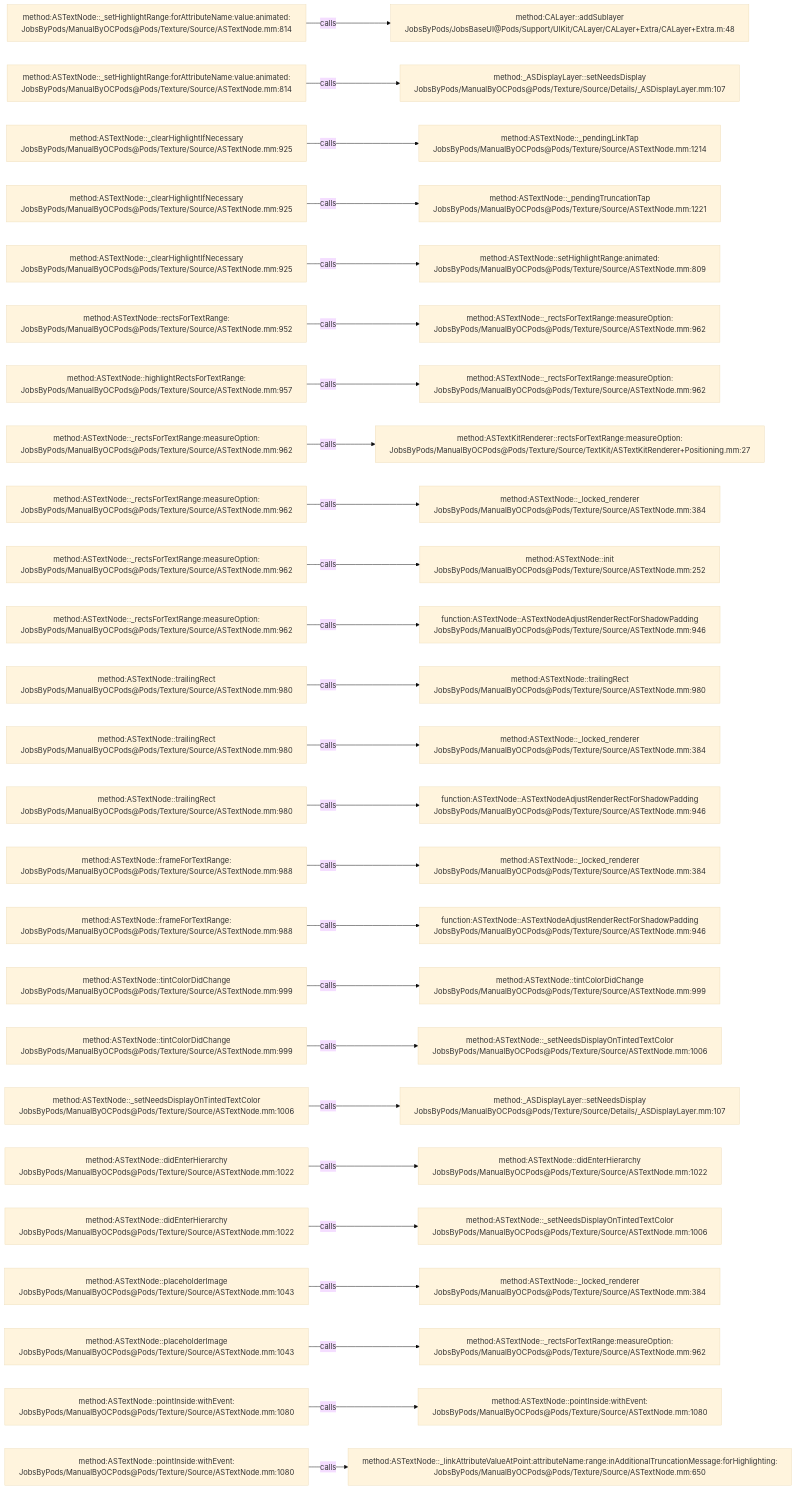
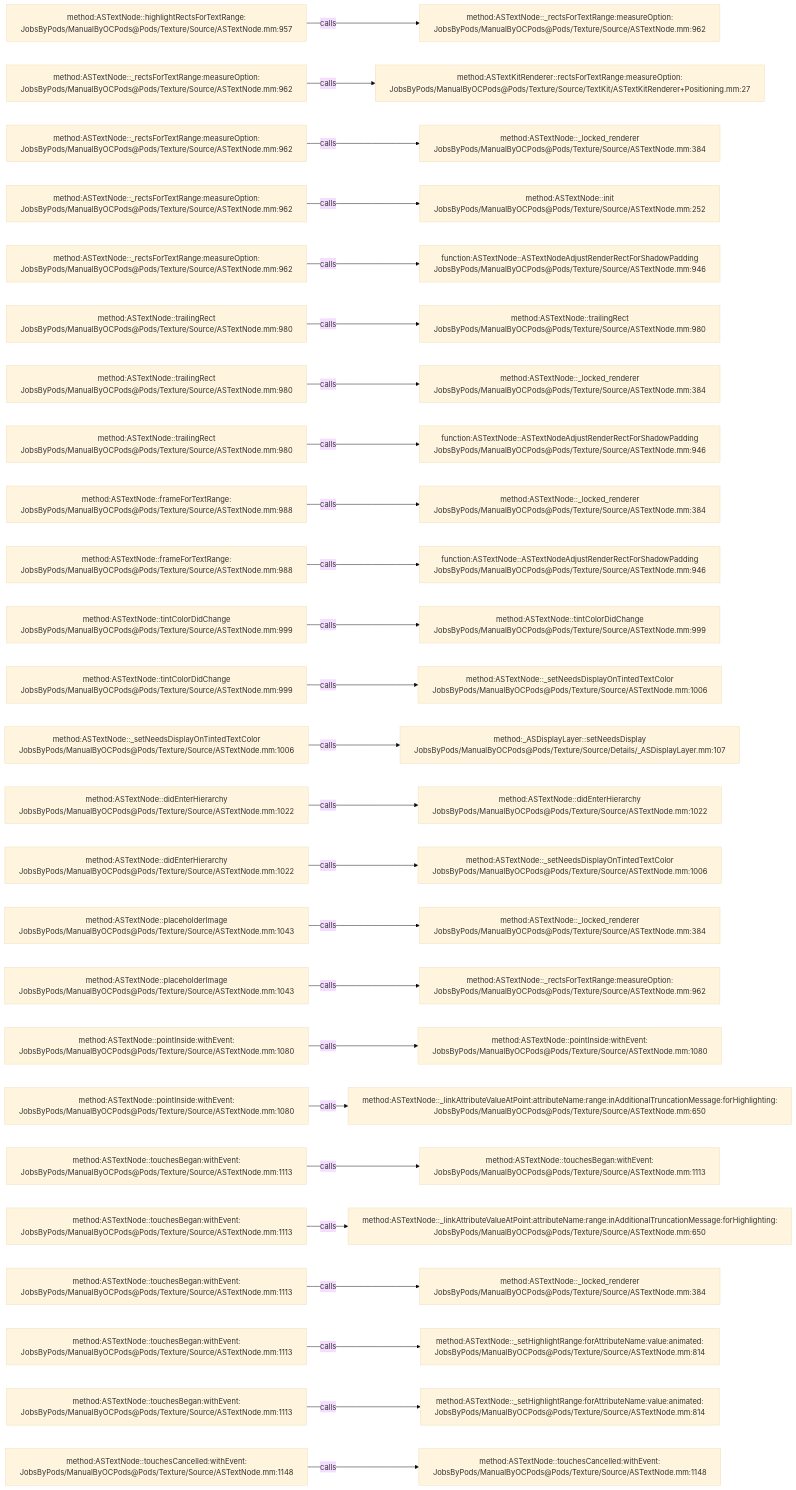
Before and after one commit to JobsKits/JobsOCBaseConfigDemo: the diagram in .codegraph/codegraph.md/graphs/calls-128.md, drawn with Mermaid (base theme). The commit also changed 666 other files, not shown here.

````diff
--- a/.codegraph/codegraph.md/graphs/calls-128.md
+++ b/.codegraph/codegraph.md/graphs/calls-128.md
@@ -13,78 +13,78 @@
 ```mermaid
 flowchart LR
-  S1["method:ASTextNode::_setHighlightRange:forAttributeName:value:animated:<br/>JobsByPods/ManualByOCPods@Pods/Texture/Source/ASTextNode.mm:814"]
-  T1["method:CALayer::addSublayer<br/>JobsByPods/JobsBaseUI@Pods/Support/UIKit/CALayer/CALayer+Extra/CALayer+Extra.m:48"]
+  S1["method:ASTextNode::highlightRectsForTextRange:<br/>JobsByPods/ManualByOCPods@Pods/Texture/Source/ASTextNode.mm:957"]
+  T1["method:ASTextNode::_rectsForTextRange:measureOption:<br/>JobsByPods/ManualByOCPods@Pods/Texture/Source/ASTextNode.mm:962"]
   S1 -->|calls| T1
-  S2["method:ASTextNode::_setHighlightRange:forAttributeName:value:animated:<br/>JobsByPods/ManualByOCPods@Pods/Texture/Source/ASTextNode.mm:814"]
-  T2["method:_ASDisplayLayer::setNeedsDisplay<br/>JobsByPods/ManualByOCPods@Pods/Texture/Source/Details/_ASDisplayLayer.mm:107"]
+  S2["method:ASTextNode::_rectsForTextRange:measureOption:<br/>JobsByPods/ManualByOCPods@Pods/Texture/Source/ASTextNode.mm:962"]
+  T2["method:ASTextKitRenderer::rectsForTextRange:measureOption:<br/>JobsByPods/ManualByOCPods@Pods/Texture/Source/TextKit/ASTextKitRenderer+Positioning.mm:27"]
   S2 -->|calls| T2
-  S3["method:ASTextNode::_clearHighlightIfNecessary<br/>JobsByPods/ManualByOCPods@Pods/Texture/Source/ASTextNode.mm:925"]
-  T3["method:ASTextNode::_pendingLinkTap<br/>JobsByPods/ManualByOCPods@Pods/Texture/Source/ASTextNode.mm:1214"]
+  S3["method:ASTextNode::_rectsForTextRange:measureOption:<br/>JobsByPods/ManualByOCPods@Pods/Texture/Source/ASTextNode.mm:962"]
+  T3["method:ASTextNode::_locked_renderer<br/>JobsByPods/ManualByOCPods@Pods/Texture/Source/ASTextNode.mm:384"]
   S3 -->|calls| T3
-  S4["method:ASTextNode::_clearHighlightIfNecessary<br/>JobsByPods/ManualByOCPods@Pods/Texture/Source/ASTextNode.mm:925"]
-  T4["method:ASTextNode::_pendingTruncationTap<br/>JobsByPods/ManualByOCPods@Pods/Texture/Source/ASTextNode.mm:1221"]
+  S4["method:ASTextNode::_rectsForTextRange:measureOption:<br/>JobsByPods/ManualByOCPods@Pods/Texture/Source/ASTextNode.mm:962"]
+  T4["method:ASTextNode::init<br/>JobsByPods/ManualByOCPods@Pods/Texture/Source/ASTextNode.mm:252"]
   S4 -->|calls| T4
-  S5["method:ASTextNode::_clearHighlightIfNecessary<br/>JobsByPods/ManualByOCPods@Pods/Texture/Source/ASTextNode.mm:925"]
-  T5["method:ASTextNode::setHighlightRange:animated:<br/>JobsByPods/ManualByOCPods@Pods/Texture/Source/ASTextNode.mm:809"]
+  S5["method:ASTextNode::_rectsForTextRange:measureOption:<br/>JobsByPods/ManualByOCPods@Pods/Texture/Source/ASTextNode.mm:962"]
+  T5["function:ASTextNode::ASTextNodeAdjustRenderRectForShadowPadding<br/>JobsByPods/ManualByOCPods@Pods/Texture/Source/ASTextNode.mm:946"]
   S5 -->|calls| T5
-  S6["method:ASTextNode::rectsForTextRange:<br/>JobsByPods/ManualByOCPods@Pods/Texture/Source/ASTextNode.mm:952"]
-  T6["method:ASTextNode::_rectsForTextRange:measureOption:<br/>JobsByPods/ManualByOCPods@Pods/Texture/Source/ASTextNode.mm:962"]
+  S6["method:ASTextNode::trailingRect<br/>JobsByPods/ManualByOCPods@Pods/Texture/Source/ASTextNode.mm:980"]
+  T6["method:ASTextNode::trailingRect<br/>JobsByPods/ManualByOCPods@Pods/Texture/Source/ASTextNode.mm:980"]
   S6 -->|calls| T6
-  S7["method:ASTextNode::highlightRectsForTextRange:<br/>JobsByPods/ManualByOCPods@Pods/Texture/Source/ASTextNode.mm:957"]
-  T7["method:ASTextNode::_rectsForTextRange:measureOption:<br/>JobsByPods/ManualByOCPods@Pods/Texture/Source/ASTextNode.mm:962"]
+  S7["method:ASTextNode::trailingRect<br/>JobsByPods/ManualByOCPods@Pods/Texture/Source/ASTextNode.mm:980"]
+  T7["method:ASTextNode::_locked_renderer<br/>JobsByPods/ManualByOCPods@Pods/Texture/Source/ASTextNode.mm:384"]
   S7 -->|calls| T7
-  S8["method:ASTextNode::_rectsForTextRange:measureOption:<br/>JobsByPods/ManualByOCPods@Pods/Texture/Source/ASTextNode.mm:962"]
-  T8["method:ASTextKitRenderer::rectsForTextRange:measureOption:<br/>JobsByPods/ManualByOCPods@Pods/Texture/Source/TextKit/ASTextKitRenderer+Positioning.mm:27"]
+  S8["method:ASTextNode::trailingRect<br/>JobsByPods/ManualByOCPods@Pods/Texture/Source/ASTextNode.mm:980"]
+  T8["function:ASTextNode::ASTextNodeAdjustRenderRectForShadowPadding<br/>JobsByPods/ManualByOCPods@Pods/Texture/Source/ASTextNode.mm:946"]
   S8 -->|calls| T8
-  S9["method:ASTextNode::_rectsForTextRange:measureOption:<br/>JobsByPods/ManualByOCPods@Pods/Texture/Source/ASTextNode.mm:962"]
+  S9["method:ASTextNode::frameForTextRange:<br/>JobsByPods/ManualByOCPods@Pods/Texture/Source/ASTextNode.mm:988"]
   T9["method:ASTextNode::_locked_renderer<br/>JobsByPods/ManualByOCPods@Pods/Texture/Source/ASTextNode.mm:384"]
   S9 -->|calls| T9
-  S10["method:ASTextNode::_rectsForTextRange:measureOption:<br/>JobsByPods/ManualByOCPods@Pods/Texture/Source/ASTextNode.mm:962"]
-  T10["method:ASTextNode::init<br/>JobsByPods/ManualByOCPods@Pods/Texture/Source/ASTextNode.mm:252"]
+  S10["method:ASTextNode::frameForTextRange:<br/>JobsByPods/ManualByOCPods@Pods/Texture/Source/ASTextNode.mm:988"]
+  T10["function:ASTextNode::ASTextNodeAdjustRenderRectForShadowPadding<br/>JobsByPods/ManualByOCPods@Pods/Texture/Source/ASTextNode.mm:946"]
   S10 -->|calls| T10
-  S11["method:ASTextNode::_rectsForTextRange:measureOption:<br/>JobsByPods/ManualByOCPods@Pods/Texture/Source/ASTextNode.mm:962"]
-  T11["function:ASTextNode::ASTextNodeAdjustRenderRectForShadowPadding<br/>JobsByPods/ManualByOCPods@Pods/Texture/Source/ASTextNode.mm:946"]
+  S11["method:ASTextNode::tintColorDidChange<br/>JobsByPods/ManualByOCPods@Pods/Texture/Source/ASTextNode.mm:999"]
+  T11["method:ASTextNode::tintColorDidChange<br/>JobsByPods/ManualByOCPods@Pods/Texture/Source/ASTextNode.mm:999"]
   S11 -->|calls| T11
-  S12["method:ASTextNode::trailingRect<br/>JobsByPods/ManualByOCPods@Pods/Texture/Source/ASTextNode.mm:980"]
-  T12["method:ASTextNode::trailingRect<br/>JobsByPods/ManualByOCPods@Pods/Texture/Source/ASTextNode.mm:980"]
+  S12["method:ASTextNode::tintColorDidChange<br/>JobsByPods/ManualByOCPods@Pods/Texture/Source/ASTextNode.mm:999"]
+  T12["method:ASTextNode::_setNeedsDisplayOnTintedTextColor<br/>JobsByPods/ManualByOCPods@Pods/Texture/Source/ASTextNode.mm:1006"]
   S12 -->|calls| T12
-  S13["method:ASTextNode::trailingRect<br/>JobsByPods/ManualByOCPods@Pods/Texture/Source/ASTextNode.mm:980"]
-  T13["method:ASTextNode::_locked_renderer<br/>JobsByPods/ManualByOCPods@Pods/Texture/Source/ASTextNode.mm:384"]
+  S13["method:ASTextNode::_setNeedsDisplayOnTintedTextColor<br/>JobsByPods/ManualByOCPods@Pods/Texture/Source/ASTextNode.mm:1006"]
+  T13["method:_ASDisplayLayer::setNeedsDisplay<br/>JobsByPods/ManualByOCPods@Pods/Texture/Source/Details/_ASDisplayLayer.mm:107"]
   S13 -->|calls| T13
-  S14["method:ASTextNode::trailingRect<br/>JobsByPods/ManualByOCPods@Pods/Texture/Source/ASTextNode.mm:980"]
-  T14["function:ASTextNode::ASTextNodeAdjustRenderRectForShadowPadding<br/>JobsByPods/ManualByOCPods@Pods/Texture/Source/ASTextNode.mm:946"]
+  S14["method:ASTextNode::didEnterHierarchy<br/>JobsByPods/ManualByOCPods@Pods/Texture/Source/ASTextNode.mm:1022"]
+  T14["method:ASTextNode::didEnterHierarchy<br/>JobsByPods/ManualByOCPods@Pods/Texture/Source/ASTextNode.mm:1022"]
   S14 -->|calls| T14
-  S15["method:ASTextNode::frameForTextRange:<br/>JobsByPods/ManualByOCPods@Pods/Texture/Source/ASTextNode.mm:988"]
-  T15["method:ASTextNode::_locked_renderer<br/>JobsByPods/ManualByOCPods@Pods/Texture/Source/ASTextNode.mm:384"]
+  S15["method:ASTextNode::didEnterHierarchy<br/>JobsByPods/ManualByOCPods@Pods/Texture/Source/ASTextNode.mm:1022"]
+  T15["method:ASTextNode::_setNeedsDisplayOnTintedTextColor<br/>JobsByPods/ManualByOCPods@Pods/Texture/Source/ASTextNode.mm:1006"]
   S15 -->|calls| T15
-  S16["method:ASTextNode::frameForTextRange:<br/>JobsByPods/ManualByOCPods@Pods/Texture/Source/ASTextNode.mm:988"]
-  T16["function:ASTextNode::ASTextNodeAdjustRenderRectForShadowPadding<br/>JobsByPods/ManualByOCPods@Pods/Texture/Source/ASTextNode.mm:946"]
+  S16["method:ASTextNode::placeholderImage<br/>JobsByPods/ManualByOCPods@Pods/Texture/Source/ASTextNode.mm:1043"]
+  T16["method:ASTextNode::_locked_renderer<br/>JobsByPods/ManualByOCPods@Pods/Texture/Source/ASTextNode.mm:384"]
   S16 -->|calls| T16
-  S17["method:ASTextNode::tintColorDidChange<br/>JobsByPods/ManualByOCPods@Pods/Texture/Source/ASTextNode.mm:999"]
-  T17["method:ASTextNode::tintColorDidChange<br/>JobsByPods/ManualByOCPods@Pods/Texture/Source/ASTextNode.mm:999"]
+  S17["method:ASTextNode::placeholderImage<br/>JobsByPods/ManualByOCPods@Pods/Texture/Source/ASTextNode.mm:1043"]
+  T17["method:ASTextNode::_rectsForTextRange:measureOption:<br/>JobsByPods/ManualByOCPods@Pods/Texture/Source/ASTextNode.mm:962"]
   S17 -->|calls| T17
-  S18["method:ASTextNode::tintColorDidChange<br/>JobsByPods/ManualByOCPods@Pods/Texture/Source/ASTextNode.mm:999"]
-  T18["method:ASTextNode::_setNeedsDisplayOnTintedTextColor<br/>JobsByPods/ManualByOCPods@Pods/Texture/Source/ASTextNode.mm:1006"]
+  S18["method:ASTextNode::pointInside:withEvent:<br/>JobsByPods/ManualByOCPods@Pods/Texture/Source/ASTextNode.mm:1080"]
+  T18["method:ASTextNode::pointInside:withEvent:<br/>JobsByPods/ManualByOCPods@Pods/Texture/Source/ASTextNode.mm:1080"]
   S18 -->|calls| T18
-  S19["method:ASTextNode::_setNeedsDisplayOnTintedTextColor<br/>JobsByPods/ManualByOCPods@Pods/Texture/Source/ASTextNode.mm:1006"]
-  T19["method:_ASDisplayLayer::setNeedsDisplay<br/>JobsByPods/ManualByOCPods@Pods/Texture/Source/Details/_ASDisplayLayer.mm:107"]
+  S19["method:ASTextNode::pointInside:withEvent:<br/>JobsByPods/ManualByOCPods@Pods/Texture/Source/ASTextNode.mm:1080"]
+  T19["method:ASTextNode::_linkAttributeValueAtPoint:attributeName:range:inAdditionalTruncationMessage:forHighlighting:<br/>JobsByPods/ManualByOCPods@Pods/Texture/Source/ASTextNode.mm:650"]
   S19 -->|calls| T19
-  S20["method:ASTextNode::didEnterHierarchy<br/>JobsByPods/ManualByOCPods@Pods/Texture/Source/ASTextNode.mm:1022"]
-  T20["method:ASTextNode::didEnterHierarchy<br/>JobsByPods/ManualByOCPods@Pods/Texture/Source/ASTextNode.mm:1022"]
+  S20["method:ASTextNode::touchesBegan:withEvent:<br/>JobsByPods/ManualByOCPods@Pods/Texture/Source/ASTextNode.mm:1113"]
+  T20["method:ASTextNode::touchesBegan:withEvent:<br/>JobsByPods/ManualByOCPods@Pods/Texture/Source/ASTextNode.mm:1113"]
   S20 -->|calls| T20
-  S21["method:ASTextNode::didEnterHierarchy<br/>JobsByPods/ManualByOCPods@Pods/Texture/Source/ASTextNode.mm:1022"]
-  T21["method:ASTextNode::_setNeedsDisplayOnTintedTextColor<br/>JobsByPods/ManualByOCPods@Pods/Texture/Source/ASTextNode.mm:1006"]
+  S21["method:ASTextNode::touchesBegan:withEvent:<br/>JobsByPods/ManualByOCPods@Pods/Texture/Source/ASTextNode.mm:1113"]
+  T21["method:ASTextNode::_linkAttributeValueAtPoint:attributeName:range:inAdditionalTruncationMessage:forHighlighting:<br/>JobsByPods/ManualByOCPods@Pods/Texture/Source/ASTextNode.mm:650"]
   S21 -->|calls| T21
-  S22["method:ASTextNode::placeholderImage<br/>JobsByPods/ManualByOCPods@Pods/Texture/Source/ASTextNode.mm:1043"]
+  S22["method:ASTextNode::touchesBegan:withEvent:<br/>JobsByPods/ManualByOCPods@Pods/Texture/Source/ASTextNode.mm:1113"]
   T22["method:ASTextNode::_locked_renderer<br/>JobsByPods/ManualByOCPods@Pods/Texture/Source/ASTextNode.mm:384"]
   S22 -->|calls| T22
-  S23["method:ASTextNode::placeholderImage<br/>JobsByPods/ManualByOCPods@Pods/Texture/Source/ASTextNode.mm:1043"]
-  T23["method:ASTextNode::_rectsForTextRange:measureOption:<br/>JobsByPods/ManualByOCPods@Pods/Texture/Source/ASTextNode.mm:962"]
+  S23["method:ASTextNode::touchesBegan:withEvent:<br/>JobsByPods/ManualByOCPods@Pods/Texture/Source/ASTextNode.mm:1113"]
+  T23["method:ASTextNode::_setHighlightRange:forAttributeName:value:animated:<br/>JobsByPods/ManualByOCPods@Pods/Texture/Source/ASTextNode.mm:814"]
   S23 -->|calls| T23
-  S24["method:ASTextNode::pointInside:withEvent:<br/>JobsByPods/ManualByOCPods@Pods/Texture/Source/ASTextNode.mm:1080"]
-  T24["method:ASTextNode::pointInside:withEvent:<br/>JobsByPods/ManualByOCPods@Pods/Texture/Source/ASTextNode.mm:1080"]
+  S24["method:ASTextNode::touchesBegan:withEvent:<br/>JobsByPods/ManualByOCPods@Pods/Texture/Source/ASTextNode.mm:1113"]
+  T24["method:ASTextNode::_setHighlightRange:forAttributeName:value:animated:<br/>JobsByPods/ManualByOCPods@Pods/Texture/Source/ASTextNode.mm:814"]
   S24 -->|calls| T24
-  S25["method:ASTextNode::pointInside:withEvent:<br/>JobsByPods/ManualByOCPods@Pods/Texture/Source/ASTextNode.mm:1080"]
-  T25["method:ASTextNode::_linkAttributeValueAtPoint:attributeName:range:inAdditionalTruncationMessage:forHighlighting:<br/>JobsByPods/ManualByOCPods@Pods/Texture/Source/ASTextNode.mm:650"]
+  S25["method:ASTextNode::touchesCancelled:withEvent:<br/>JobsByPods/ManualByOCPods@Pods/Texture/Source/ASTextNode.mm:1148"]
+  T25["method:ASTextNode::touchesCancelled:withEvent:<br/>JobsByPods/ManualByOCPods@Pods/Texture/Source/ASTextNode.mm:1148"]
   S25 -->|calls| T25
 ```
````
